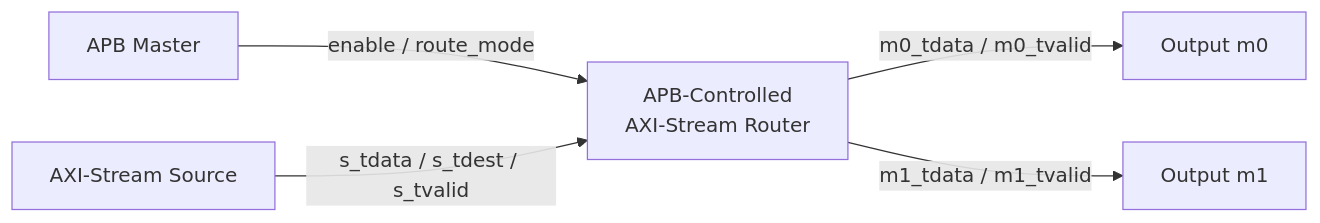
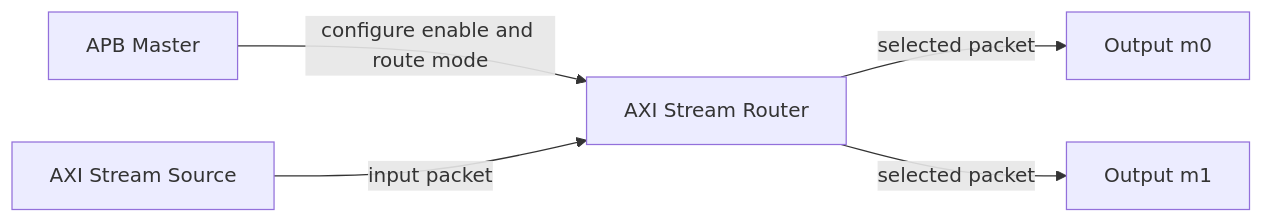
One commit to Yunis2026/apb_axis_router_verification changed the diagram in README.md. Above: the diagram before and after it, drawn with Mermaid. The commit also changed other lines of this file, not shown here.

Commit message:
Fix README waveform sections and Mermaid diagram

````diff
--- a/README.md
+++ b/README.md
@@ -13,7 +13,7 @@
 ```mermaid
 flowchart LR
-    APB["APB Master"] -->|"enable / route_mode"| DUT["APB-Controlled<br/>AXI-Stream Router"]
-    SRC["AXI-Stream Source"] -->|"s_tdata / s_tdest / s_tvalid"| DUT
-    DUT -->|"m0_tdata / m0_tvalid"| M0["Output m0"]
-    DUT -->|"m1_tdata / m1_tvalid"| M1["Output m1"]
+    APB["APB Master"] -->|"configure enable and route mode"| ROUTER["AXI Stream Router"]
+    SRC["AXI Stream Source"] -->|"input packet"| ROUTER
+    ROUTER -->|"selected packet"| M0["Output m0"]
+    ROUTER -->|"selected packet"| M1["Output m1"]
 ```
````
